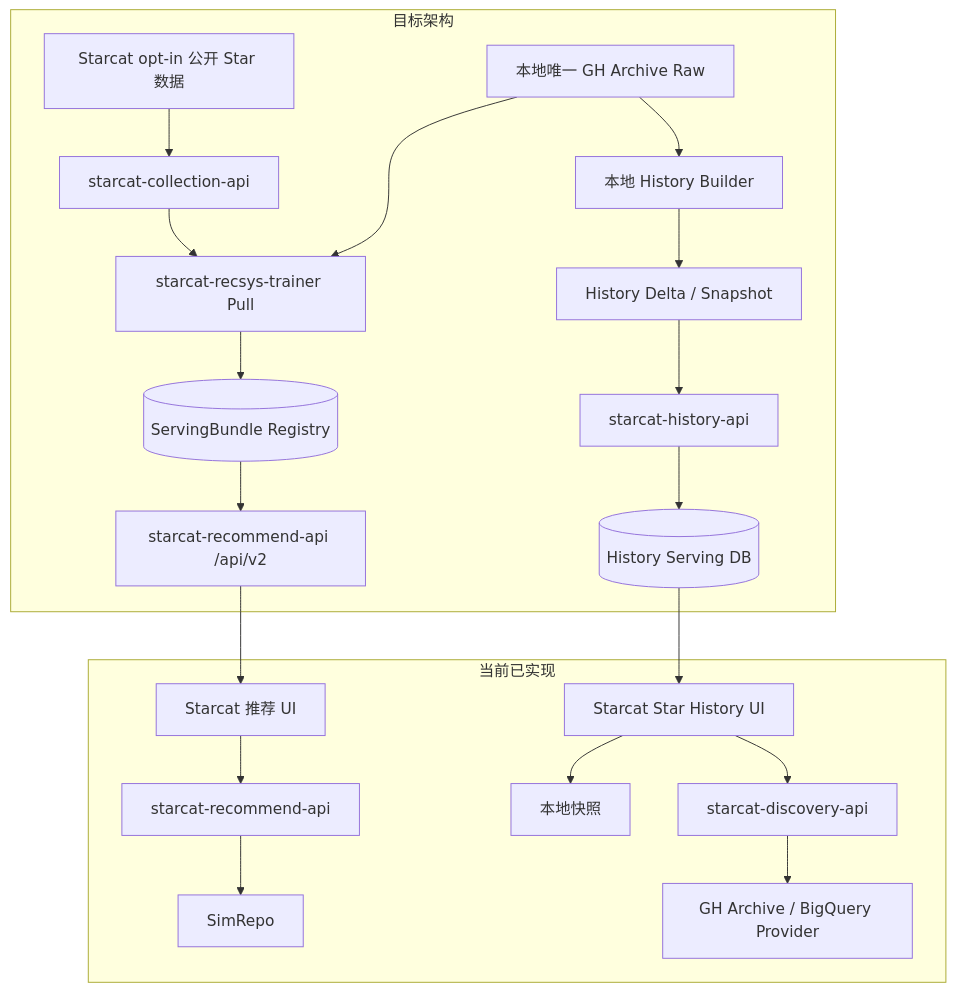
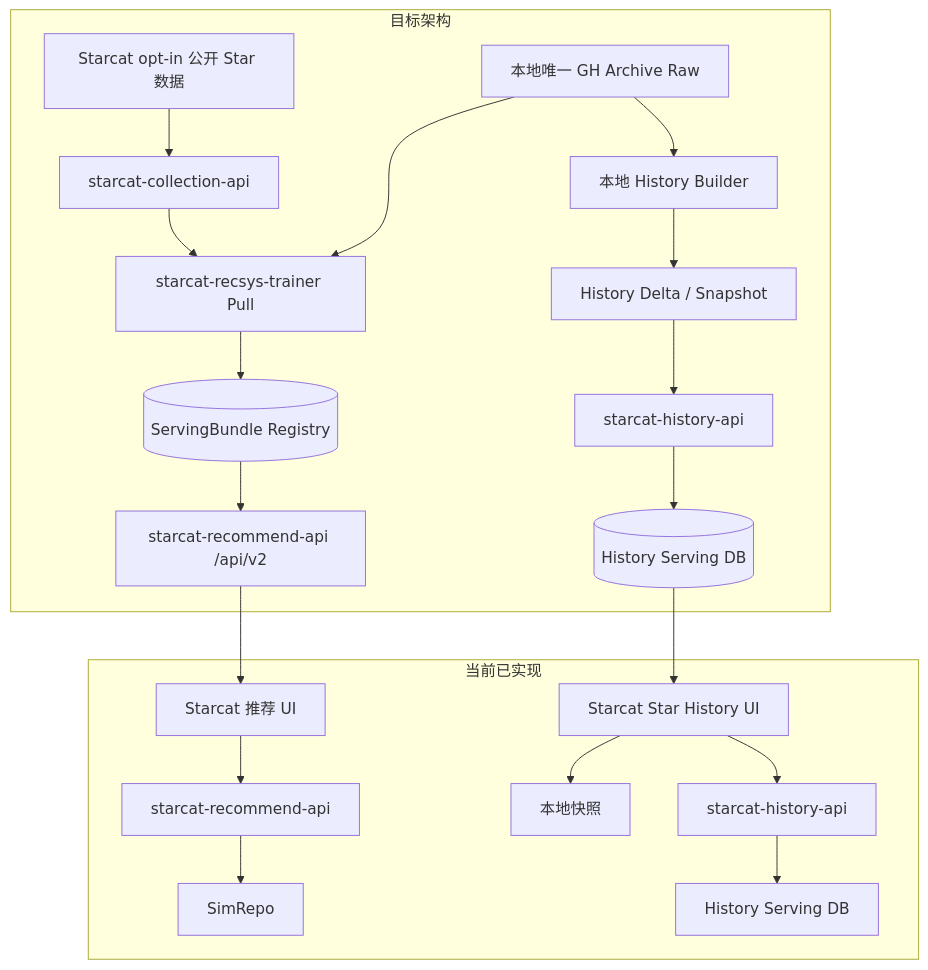
Before and after one commit to starcat-app/Starcat: the diagram in docs/2-产品/需求讨论/推荐算法/README.md, drawn with Mermaid. The commit also changed other lines of this file and 3 other files, not shown here.

````diff
--- a/docs/2-产品/需求讨论/推荐算法/README.md
+++ b/docs/2-产品/需求讨论/推荐算法/README.md
@@ -38,25 +38,25 @@
 ```mermaid
 flowchart TB
     subgraph Current[当前已实现]
         A[Starcat 推荐 UI] --> B[starcat-recommend-api]
         B --> C[SimRepo]
         D[Starcat Star History UI] --> E[本地快照]
-        D --> F[starcat-discovery-api]
-        F --> G[GH Archive / BigQuery Provider]
+        D --> F[starcat-history-api]
+        F --> G[History Serving DB]
     end
 
     subgraph Target[目标架构]
         H[Starcat opt-in 公开 Star 数据] --> C1[starcat-collection-api]
         C1 --> I[starcat-recsys-trainer Pull]
         J[本地唯一 GH Archive Raw] --> I
         I --> K[(ServingBundle Registry)]
         K --> L[starcat-recommend-api /api/v2]
         L --> A
 
         J --> HB[本地 History Builder]
         HB --> HD[History Delta / Snapshot]
         HD --> M[starcat-history-api]
         M --> N[(History Serving DB)]
         N --> D
     end
 ```
````
